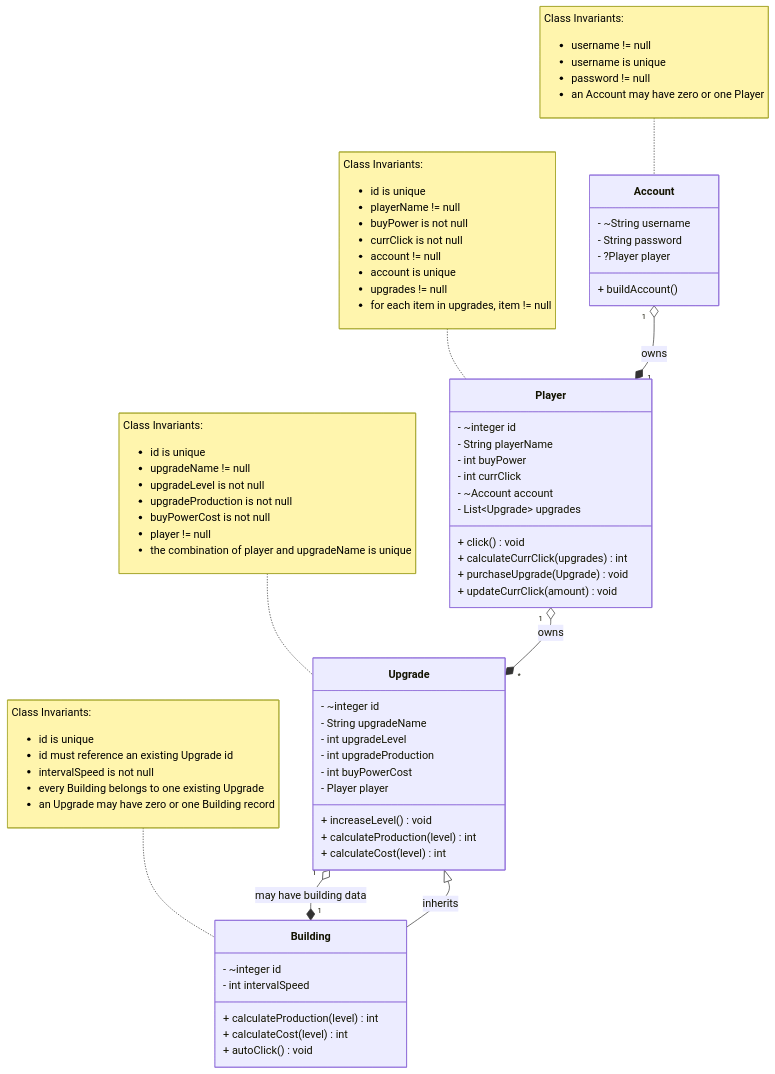
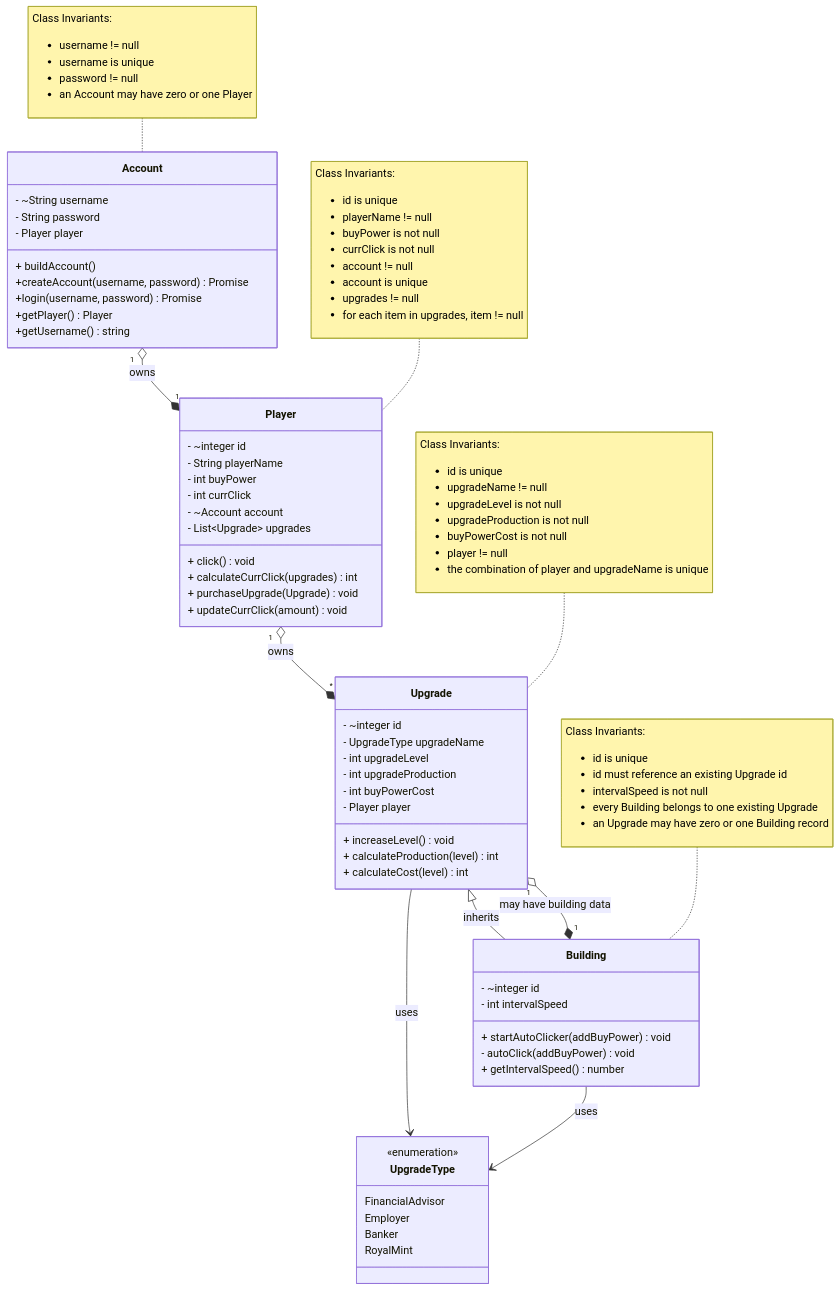
Before and after one commit to kaesotiric/money_clicker_game: the diagram in domain.md, drawn with Mermaid. The commit also changed other lines of this file and 36 other files, not shown here.

````diff
--- a/domain.md
+++ b/domain.md
@@ -12,8 +12,12 @@
 class Account {
     - ~String username
     - String password
-    - ?Player player
+    - Player player
     + buildAccount()
+    +createAccount(username, password) Promise
+    +login(username, password) Promise
+    +getPlayer() Player
+    +getUsername() string
 }
 
 note for Account "Class Invariants:
@@ -50,10 +54,17 @@
 <li>for each item in upgrades, item != null</li>
 </ul>"
 
-
+    class UpgradeType {
+        <<enumeration>>
+        FinancialAdvisor
+        Employer
+        Banker
+        RoyalMint
+    }
+    
 class Upgrade {
     - ~integer id
-    - String upgradeName
+    - UpgradeType upgradeName
     - int upgradeLevel
     - int upgradeProduction
     - int buyPowerCost
@@ -78,9 +89,9 @@
 class Building {
     - ~integer id
     - int intervalSpeed
-    + calculateProduction(level) int
-    + calculateCost(level) int
-    + autoClick() void
+    + startAutoClicker(addBuyPower) void
+    - autoClick(addBuyPower) void
+    + getIntervalSpeed() number
 }
 
 note for Building "Class Invariants:
@@ -98,4 +109,6 @@
 Upgrade "1" o--* "1" Building : may have building data
 
 Upgrade <|-- Building : inherits
+Upgrade --> UpgradeType : uses
+Building --> UpgradeType : uses
 ```
````
